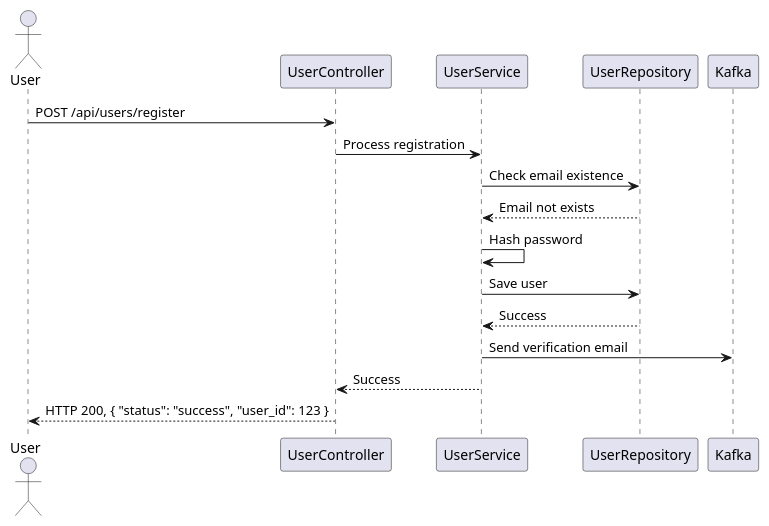
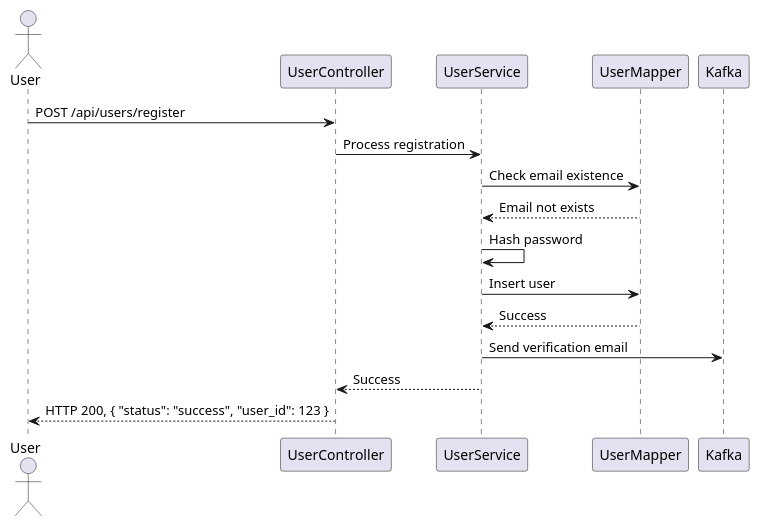
The sixth of 12 diagrams in doc/Technical Design Document.md (hutaoying/auth-demo), drawn with PlantUML before and after one commit. The commit also changed other lines of this file and 25 other files, not shown here.

````diff
--- a/doc/Technical Design Document.md
+++ b/doc/Technical Design Document.md
@@ -93,20 +142,20 @@
 ```plantuml
 @startuml
 actor User
 participant "UserController" as Controller
 participant "UserService" as Service
-participant "UserRepository" as Repo
+participant "UserMapper" as Mapper
 participant "Kafka" as Kafka
 
 User -> Controller: POST /api/users/register
 Controller -> Service: Process registration
-Service -> Repo: Check email existence
-Repo --> Service: Email not exists
+Service -> Mapper: Check email existence
+Mapper --> Service: Email not exists
 Service -> Service: Hash password
-Service -> Repo: Save user
-Repo --> Service: Success
+Service -> Mapper: Insert user
+Mapper --> Service: Success
 Service -> Kafka: Send verification email
 Service --> Controller: Success
 Controller --> User: HTTP 200, { "status": "success", "user_id": 123 }
 @enduml
 ```
````
